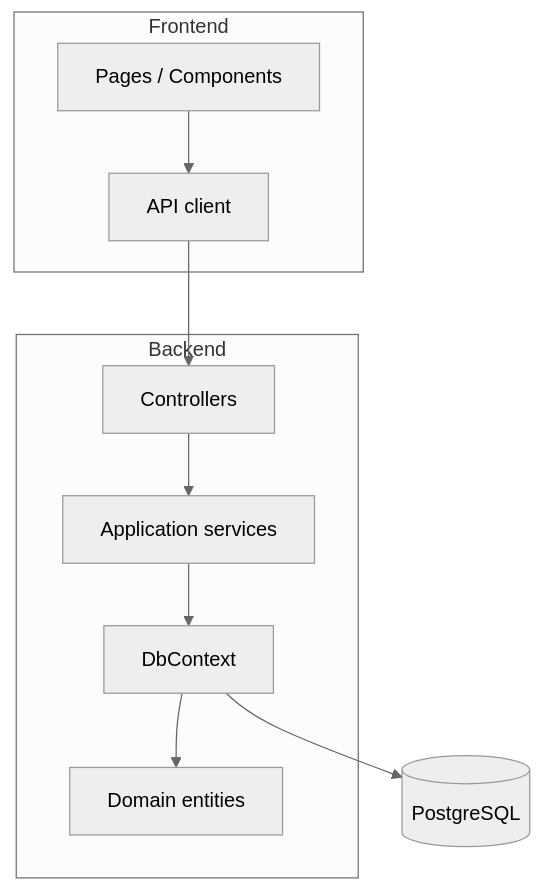
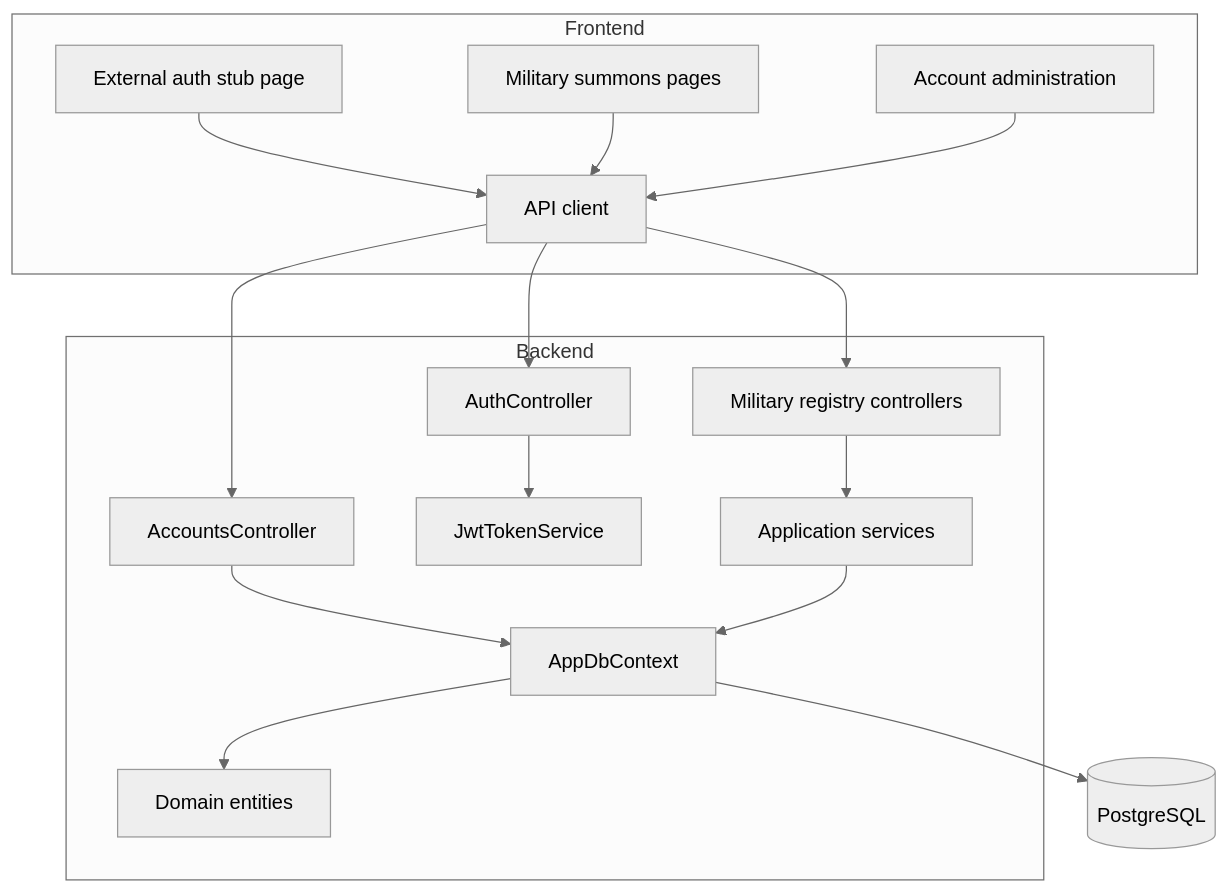
Before and after one commit to MasterChief-96/reestr-povestok-cipso: the second of 2 diagrams in docs/architecture.md, drawn with Mermaid (neutral theme). The commit also changed other lines of this file and 38 other files, not shown here.

First line of the commit message:
feat: military summons domain and external auth stubs

````diff
--- a/docs/architecture.md
+++ b/docs/architecture.md
@@ -16,21 +23,32 @@
 ```mermaid
 flowchart TB
     subgraph Frontend
-      Pages[Pages / Components]
+      Login[External auth stub page]
+      Registry[Military summons pages]
+      Accounts[Account administration]
       Client[API client]
-      Pages --> Client
+      Login --> Client
+      Registry --> Client
+      Accounts --> Client
     end
 
     subgraph Backend
-      Controllers[Controllers]
+      Auth[AuthController]
+      Controllers[Military registry controllers]
+      AccountCtrl[AccountsController]
+      Token[JwtTokenService]
       Services[Application services]
-      Data[DbContext]
+      Data[AppDbContext]
       Domain[Domain entities]
+      Auth --> Token
       Controllers --> Services
+      AccountCtrl --> Data
       Services --> Data
       Data --> Domain
     end
 
+    Client --> Auth
     Client --> Controllers
+    Client --> AccountCtrl
     Data --> PostgreSQL[(PostgreSQL)]
 ```
````
